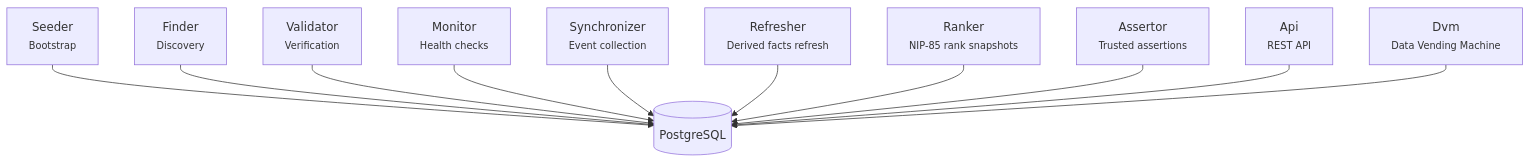
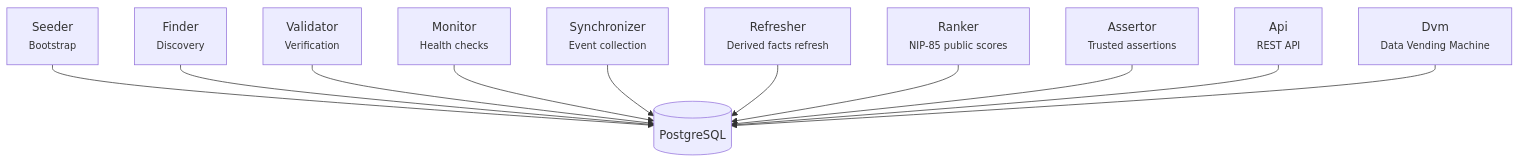
Before and after one commit to BigBrotr/bigbrotr: the diagram in docs/_snippets/pipeline.md, drawn with Mermaid. The commit also changed 28 other files, not shown here.

````diff
--- a/docs/_snippets/pipeline.md
+++ b/docs/_snippets/pipeline.md
@@ -1,26 +1,26 @@
 ```mermaid
 flowchart TD
     DB[("PostgreSQL")]
 
     SE["Seeder<br/><small>Bootstrap</small>"]
     FI["Finder<br/><small>Discovery</small>"]
     VA["Validator<br/><small>Verification</small>"]
     MO["Monitor<br/><small>Health checks</small>"]
     SY["Synchronizer<br/><small>Event collection</small>"]
     RE["Refresher<br/><small>Derived facts refresh</small>"]
-    RA["Ranker<br/><small>NIP-85 rank snapshots</small>"]
+    RA["Ranker<br/><small>NIP-85 public scores</small>"]
     AS["Assertor<br/><small>Trusted assertions</small>"]
     AP["Api<br/><small>REST API</small>"]
     DV["Dvm<br/><small>Data Vending Machine</small>"]
 
     SE --> DB
     FI --> DB
     VA --> DB
     MO --> DB
     SY --> DB
     RE --> DB
     RA --> DB
     AS --> DB
     AP --> DB
     DV --> DB
 ```
````
